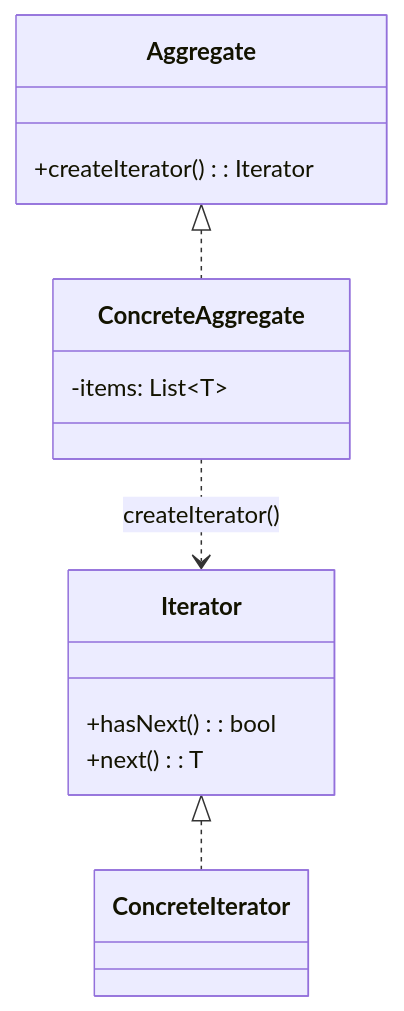
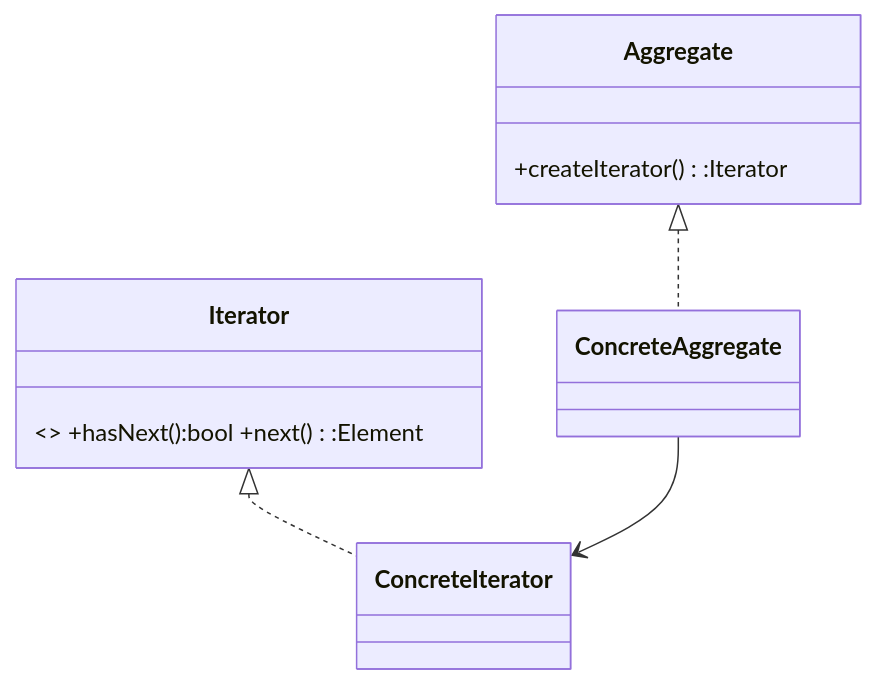
Diagram 16 of 23 in README.md (apdaza/gof-patterns-in-pygame), drawn with Mermaid before and after one commit. The commit also changed other lines of this file, not shown here.

````diff
--- a/README.md
+++ b/README.md
@@ -352,19 +693,10 @@
 ```mermaid
 classDiagram
-    direction TD
-    class Iterator {
-      +hasNext(): bool
-      +next(): T
-    }
-    class ConcreteIterator
-    class Aggregate {
-      +createIterator(): Iterator
-    }
-    class ConcreteAggregate {
-      -items: List~T~
-    }
-
-    Iterator <|.. ConcreteIterator
-    Aggregate <|.. ConcreteAggregate
-    ConcreteAggregate ..> Iterator : createIterator()
+class Iterator{<<interface>> +hasNext():bool +next():Element}
+class ConcreteIterator
+class Aggregate{+createIterator():Iterator}
+class ConcreteAggregate
+Iterator <|.. ConcreteIterator
+Aggregate <|.. ConcreteAggregate
+ConcreteAggregate --> ConcreteIterator
 ```
````
